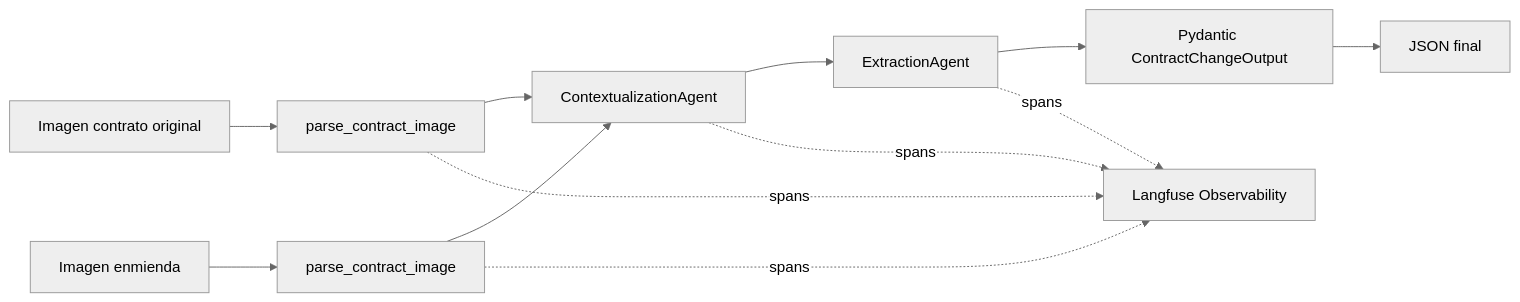
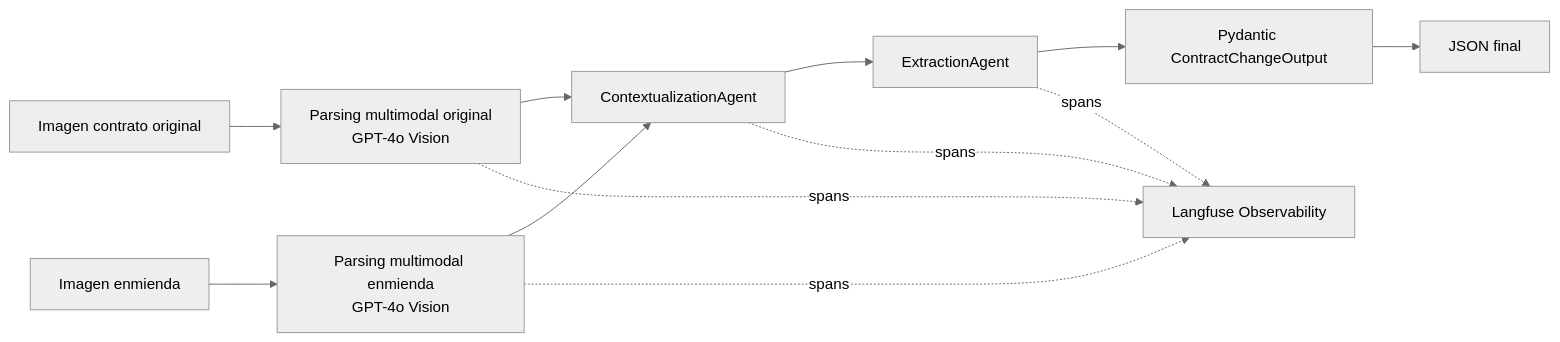
Before and after one commit to oriasmauro/henry-aem4: the first of 2 diagrams in README.md, drawn with Mermaid (neutral theme).

Commit message:
update diagrama

````diff
--- a/README.md
+++ b/README.md
@@ -35,16 +35,16 @@
 ```mermaid
 flowchart LR
-    A[Imagen contrato original] --> B[parse_contract_image]
-    C[Imagen enmienda] --> D[parse_contract_image]
+    A[Imagen contrato original] --> B[Parsing multimodal original<br/>GPT-4o Vision]
+    C[Imagen enmienda] --> D[Parsing multimodal enmienda<br/>GPT-4o Vision]
     B --> E[ContextualizationAgent]
     D --> E
     E --> F[ExtractionAgent]
     F --> G[Pydantic ContractChangeOutput]
     G --> H[JSON final]
 
     L[Langfuse Observability]
     B -. spans .-> L
     D -. spans .-> L
     E -. spans .-> L
     F -. spans .-> L
 ```
````
